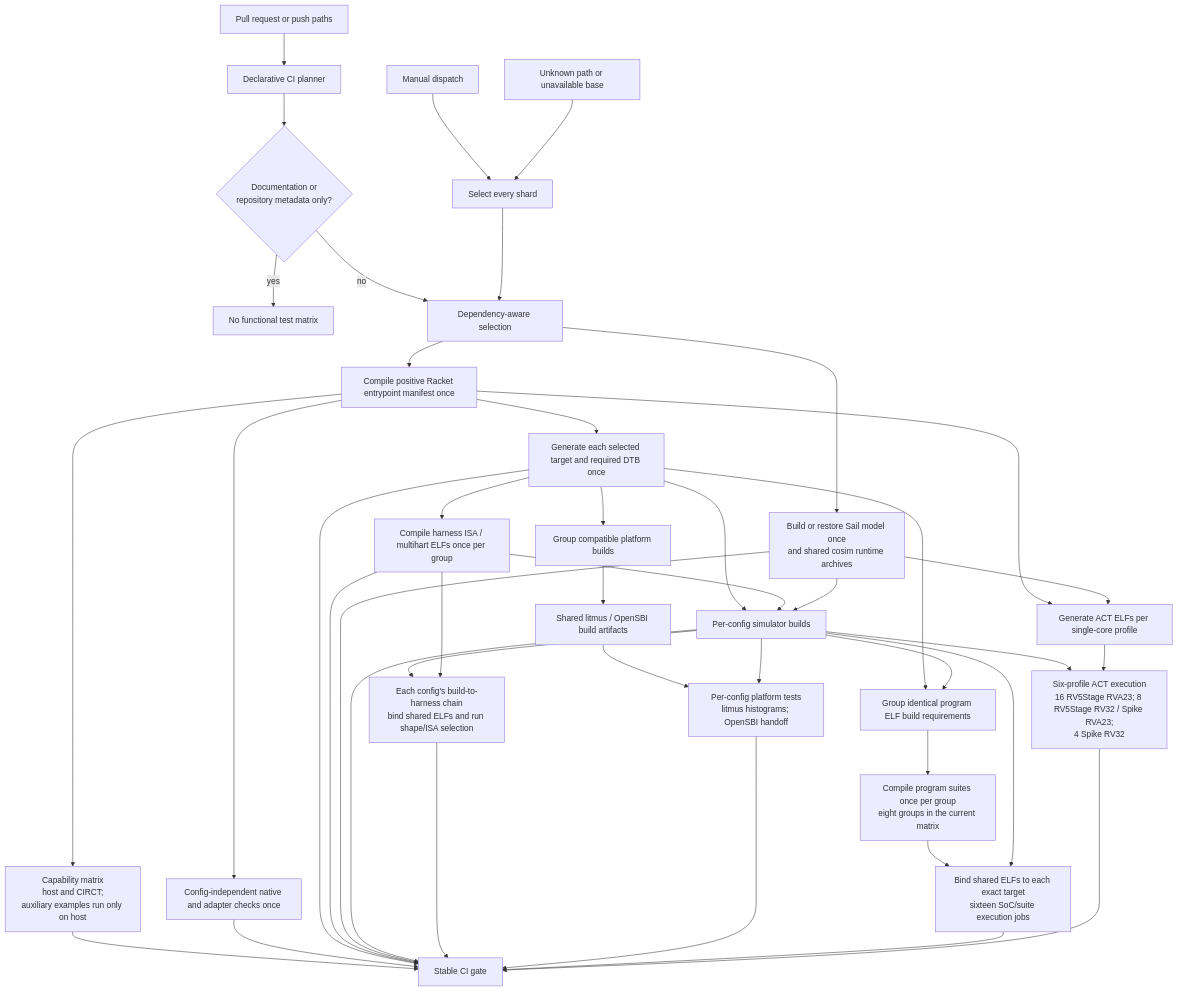
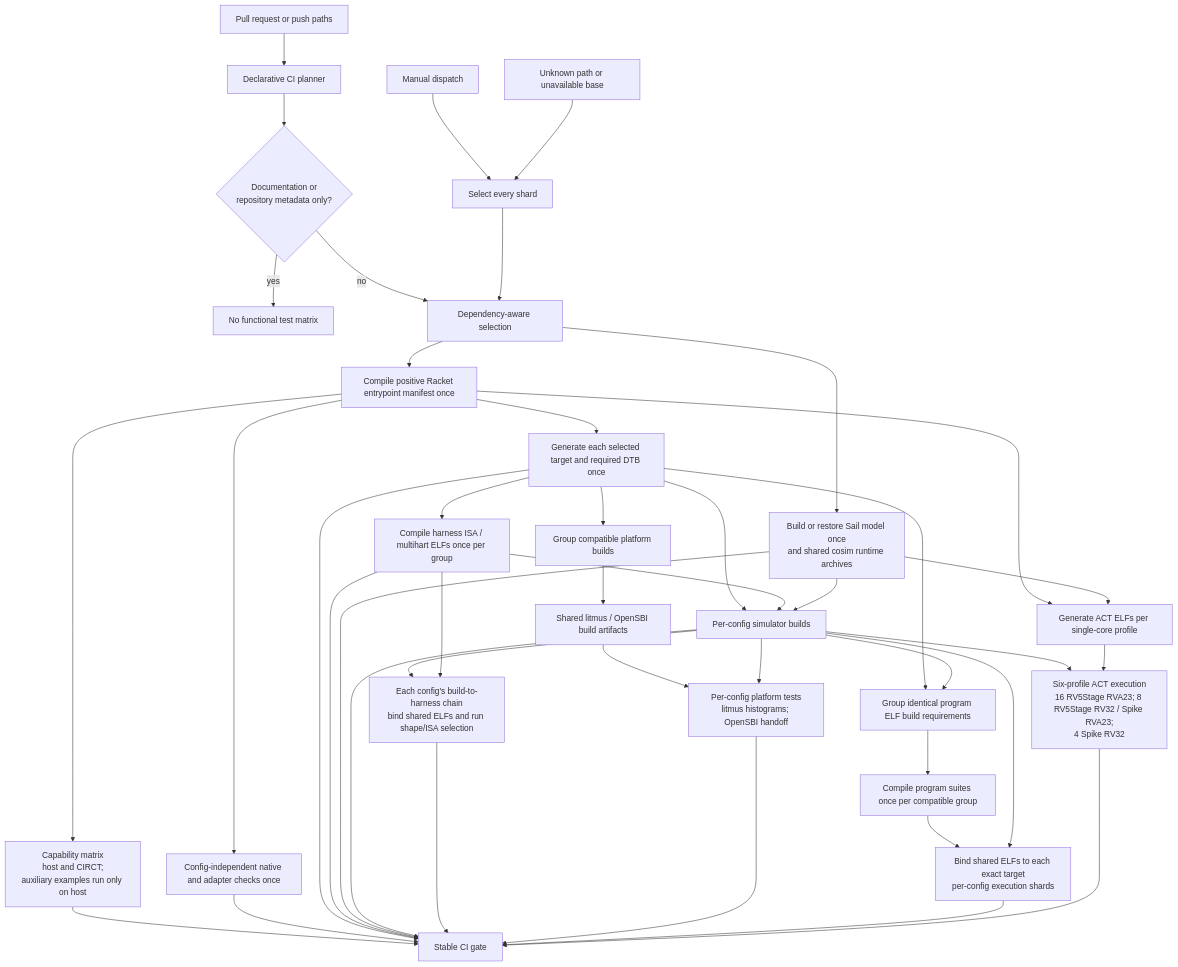
The diagram in tools/testing/DEVELOPING.md (jerryz123/rhodium), drawn with Mermaid before and after one commit. The commit also changed other lines of this file and 10 other files, not shown here.

````diff
--- a/tools/testing/DEVELOPING.md
+++ b/tools/testing/DEVELOPING.md
@@ -220,44 +220,44 @@
 ```mermaid
 flowchart TD
     Changes["Pull request or push paths"] --> Classifier["Declarative CI planner"]
     Manual["Manual dispatch"] --> All["Select every shard"]
     Unknown["Unknown path or unavailable base"] --> All
     Classifier --> Docs{"Documentation or<br/>repository metadata only?"}
     Docs -->|yes| None["No functional test matrix"]
     Docs -->|no| Selected["Dependency-aware selection"]
     All --> Selected
     Selected --> Compile["Compile positive Racket entrypoint manifest once"]
     Selected --> Sail["Build or restore Sail model once<br/>and shared cosim runtime archives"]
     Compile --> Checks["Capability matrix<br/>host and CIRCT;<br/>auxiliary examples run only on host"]
     Compile --> Native["Config-independent native and adapter checks once"]
     Compile --> Targets["Generate each selected target and required DTB once"]
     Targets --> HarnessBuilds["Compile harness ISA / multihart ELFs once per group"]
     Targets --> Simulators["Per-config simulator builds"]
     HarnessBuilds --> Simulators
     Sail --> Simulators
     Simulators --> Simulation["Each config's build-to-harness chain<br/>bind shared ELFs and run shape/ISA selection"]
     HarnessBuilds --> Simulation
     Targets --> PlatformTargets["Group compatible platform builds"]
     PlatformTargets --> PlatformBuilds["Shared litmus / OpenSBI build artifacts"]
     PlatformBuilds --> Platform["Per-config platform tests<br/>litmus histograms; OpenSBI handoff"]
     Simulators --> Platform
     Targets --> ProgramTargets["Group identical program ELF build requirements"]
     Simulators --> ProgramTargets
-    ProgramTargets --> ProgramBuilds["Compile program suites once per group<br/>eight groups in the current matrix"]
-    ProgramBuilds --> Programs["Bind shared ELFs to each exact target<br/>sixteen SoC/suite execution jobs"]
+    ProgramTargets --> ProgramBuilds["Compile program suites once per compatible group"]
+    ProgramBuilds --> Programs["Bind shared ELFs to each exact target<br/>per-config execution shards"]
     Simulators --> Programs
     Compile --> ActBuild["Generate ACT ELFs per single-core profile"]
     Sail --> ActBuild
     Simulators --> ActRun["Six-profile ACT execution<br/>16 RV5Stage RVA23; 8 RV5Stage RV32 / Spike RVA23;<br/>4 Spike RV32"]
     ActBuild --> ActRun
     Checks --> Gate["Stable CI gate"]
     Native --> Gate
     Targets --> Gate
     HarnessBuilds --> Gate
     Sail --> Gate
     Simulators --> Gate
     Simulation --> Gate
     Platform --> Gate
     Programs --> Gate
     ActRun --> Gate
 ```
````
